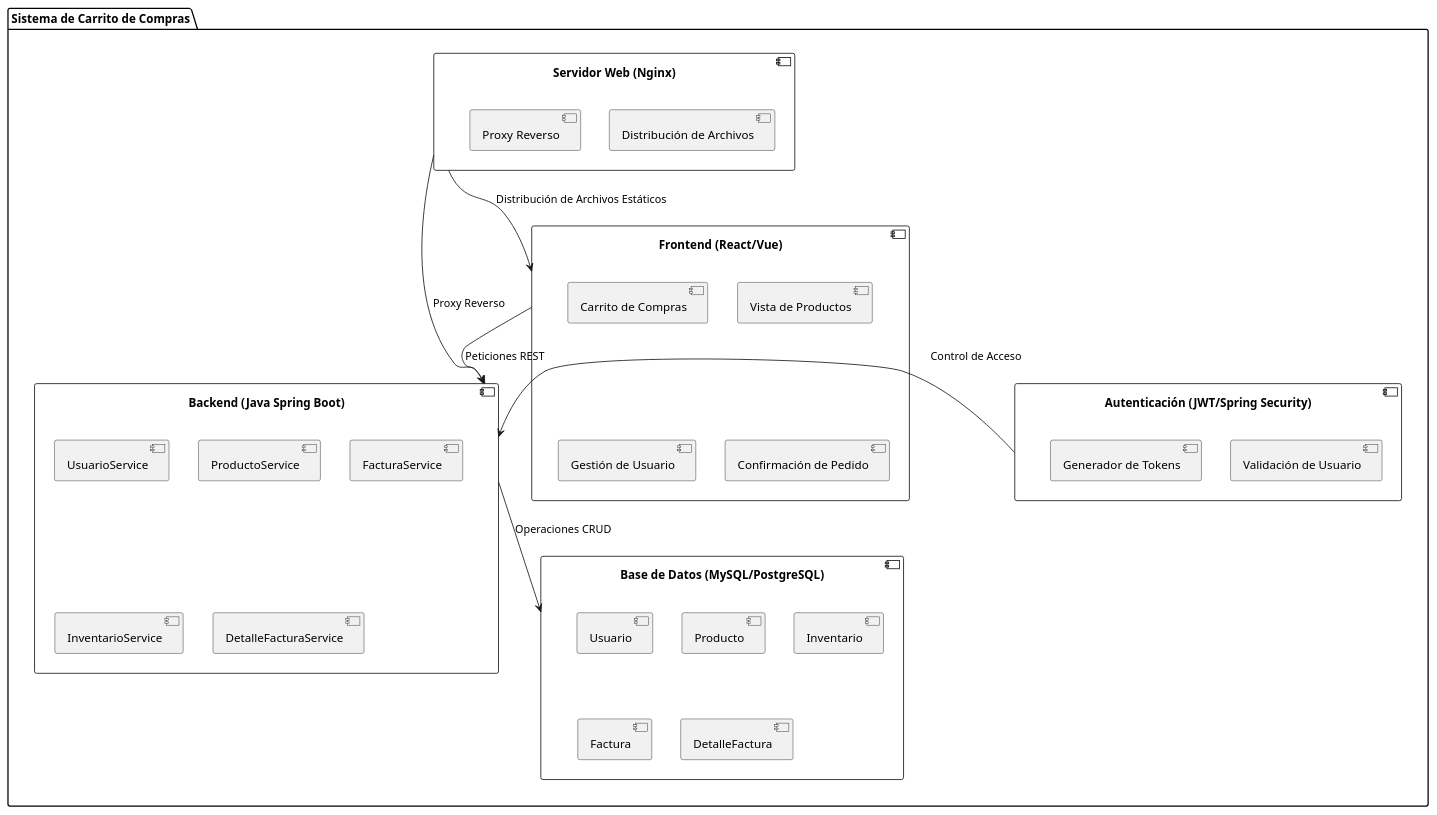
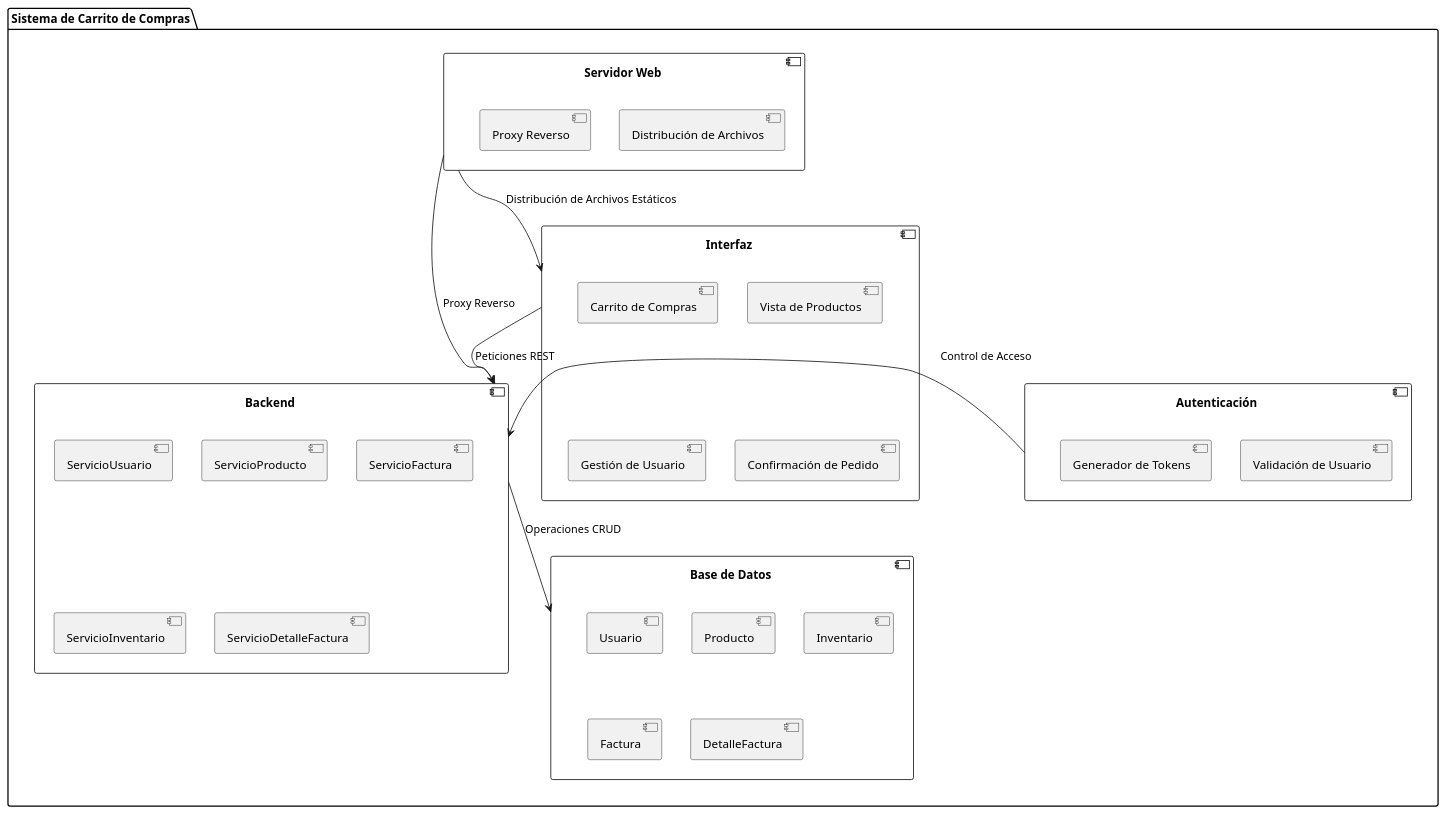
One commit to SebastianBermudezGutierrez/diagramaUML changed the diagram in Diagrama_Componentes.md. Above: the diagram before and after it, drawn with PlantUML.

```diff
--- a/Diagrama_Componentes.md
+++ b/Diagrama_Componentes.md
@@ -15,44 +15,43 @@
 @startuml
 package "Sistema de Carrito de Compras" {
 
-    component "Frontend (React/Vue)" {
+    component "Interfaz " {
         [Vista de Productos]
         [Carrito de Compras]
         [Gestión de Usuario]
         [Confirmación de Pedido]
     }
 
-    component "Backend (Java Spring Boot)" {
-        [UsuarioService]
-        [ProductoService]
-        [FacturaService]
-        [InventarioService]
-        [DetalleFacturaService]
+    component "Backend " {
+        [ServicioUsuario]
+        [ServicioProducto]
+        [ServicioFactura]
+        [ServicioInventario]
+        [ServicioDetalleFactura]
     }
 
-    component "Base de Datos (MySQL/PostgreSQL)" {
+    component "Base de Datos " {
         [Usuario]
         [Producto]
         [Inventario]
         [Factura]
         [DetalleFactura]
     }
 
-    component "Autenticación (JWT/Spring Security)" {
+    component "Autenticación " {
         [Validación de Usuario]
         [Generador de Tokens]
     }
 
-    component "Servidor Web (Nginx)" {
+    component "Servidor Web " {
         [Distribución de Archivos]
         [Proxy Reverso]
     }
-
-    ' Dependencias y Conexiones'
-    "Frontend (React/Vue)" -down-> "Backend (Java Spring Boot)" : Peticiones REST 
-    "Backend (Java Spring Boot)" -down-> "Base de Datos (MySQL/PostgreSQL)" : Operaciones CRUD 
-    "Autenticación (JWT/Spring Security)" -left-> "Backend (Java Spring Boot)" : Control de Acceso
-    "Servidor Web (Nginx)" -down-> "Frontend (React/Vue)" : Distribución de Archivos Estáticos
-    "Servidor Web (Nginx)" -down-> "Backend (Java Spring Boot)" : Proxy Reverso
+    
+    "Interfaz " -down-> "Backend " : Peticiones REST 
+    "Backend " -down-> "Base de Datos " : Operaciones CRUD 
+    "Autenticación " -left-> "Backend " : Control de Acceso
+    "Servidor Web " -down-> "Interfaz " : Distribución de Archivos Estáticos
+    "Servidor Web " -down-> "Backend " : Proxy Reverso
 }
 @enduml
```
